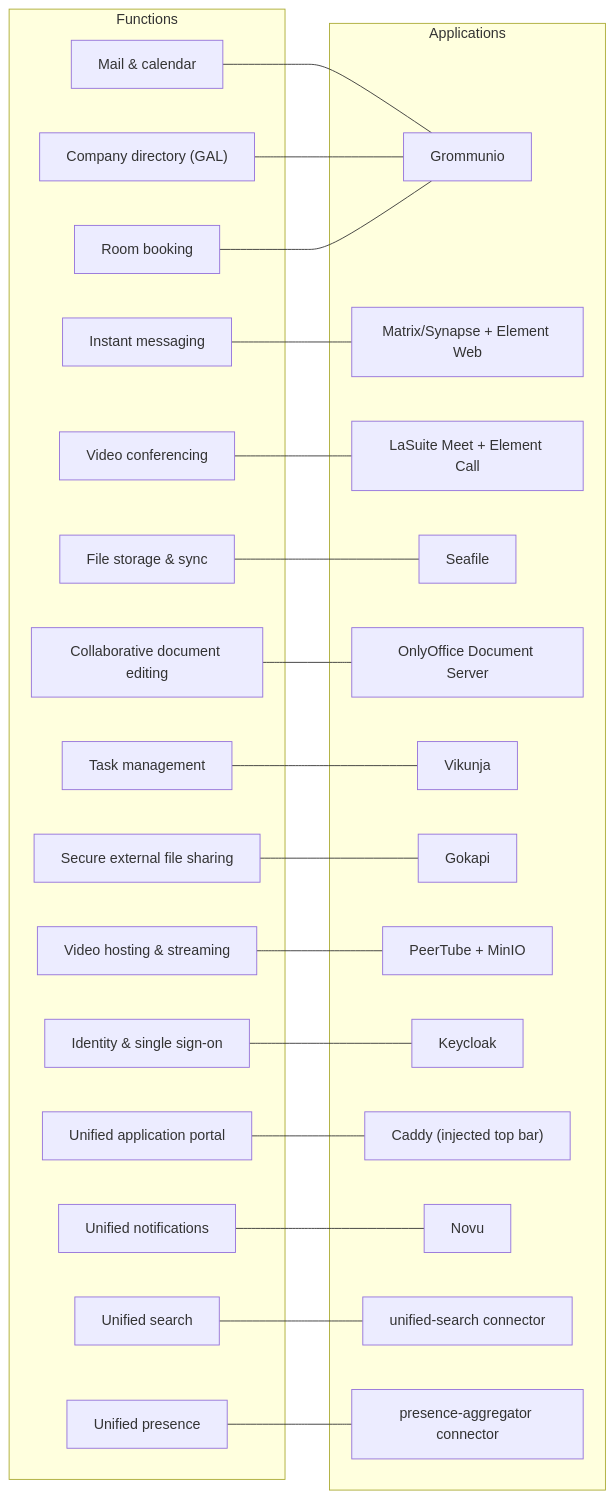
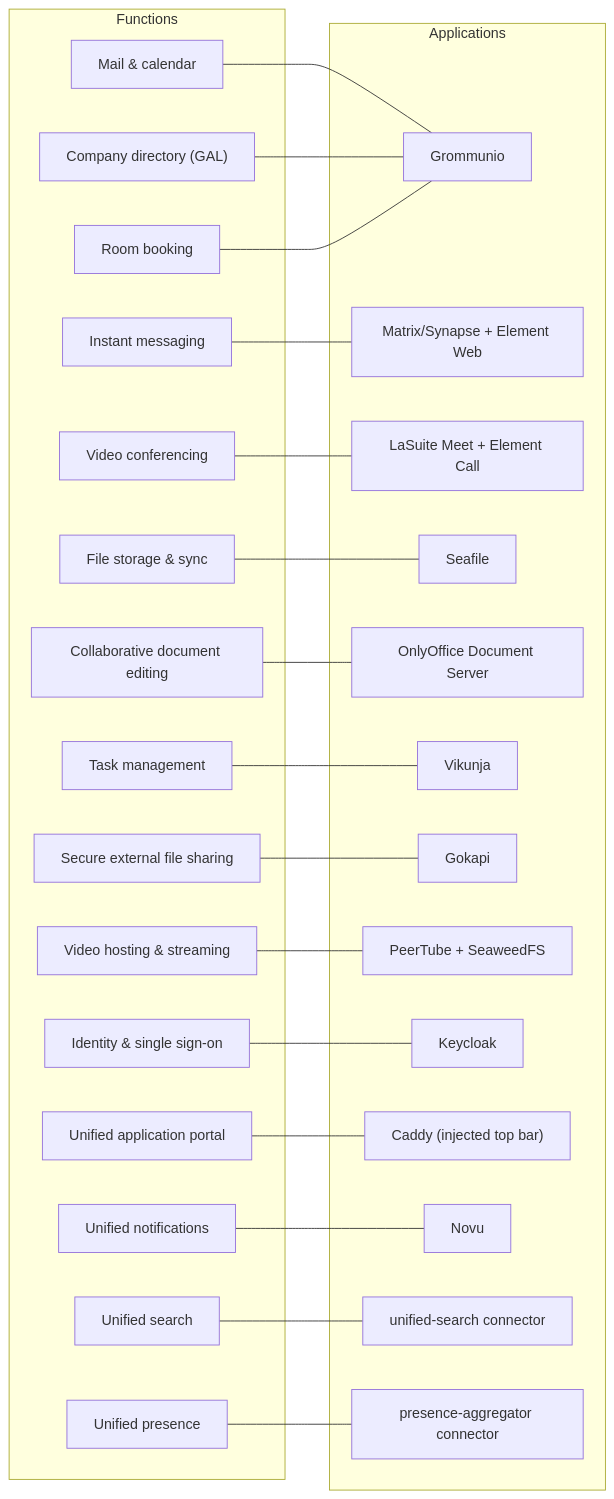
The third of 4 diagrams in README.md (yuntux/libre365), drawn with Mermaid before and after one commit. The commit also changed other lines of this file and 59 other files, not shown here.

````diff
--- a/README.md
+++ b/README.md
@@ -107,52 +107,52 @@
 ```mermaid
 flowchart LR
     subgraph Functions
         F_MAIL["Mail & calendar"]
         F_CHAT["Instant messaging"]
         F_VISIO["Video conferencing"]
         F_FILES["File storage & sync"]
         F_DOCS["Collaborative document editing"]
         F_TASKS["Task management"]
         F_SHARE["Secure external file sharing"]
         F_VIDEO["Video hosting & streaming"]
         F_SSO["Identity & single sign-on"]
         F_PORTAL["Unified application portal"]
         F_NOTIF["Unified notifications"]
         F_SEARCH["Unified search"]
         F_PRESENCE["Unified presence"]
         F_GAL["Company directory (GAL)"]
         F_ROOM["Room booking"]
     end
 
     subgraph Applications
         A_GROM["Grommunio"]
         A_MATRIX["Matrix/Synapse + Element Web"]
         A_MEET["LaSuite Meet + Element Call"]
         A_SEAFILE["Seafile"]
         A_OO["OnlyOffice Document Server"]
         A_VIKUNJA["Vikunja"]
         A_GOKAPI["Gokapi"]
-        A_PEERTUBE["PeerTube + MinIO"]
+        A_PEERTUBE["PeerTube + SeaweedFS"]
         A_KC["Keycloak"]
         A_CADDY["Caddy (injected top bar)"]
         A_NOVU["Novu"]
         A_SEARCHC["unified-search connector"]
         A_PRESENCEC["presence-aggregator connector"]
     end
 
     F_MAIL --- A_GROM
     F_GAL --- A_GROM
     F_ROOM --- A_GROM
     F_CHAT --- A_MATRIX
     F_VISIO --- A_MEET
     F_FILES --- A_SEAFILE
     F_DOCS --- A_OO
     F_TASKS --- A_VIKUNJA
     F_SHARE --- A_GOKAPI
     F_VIDEO --- A_PEERTUBE
     F_SSO --- A_KC
     F_PORTAL --- A_CADDY
     F_NOTIF --- A_NOVU
     F_SEARCH --- A_SEARCHC
     F_PRESENCE --- A_PRESENCEC
 ```
````
